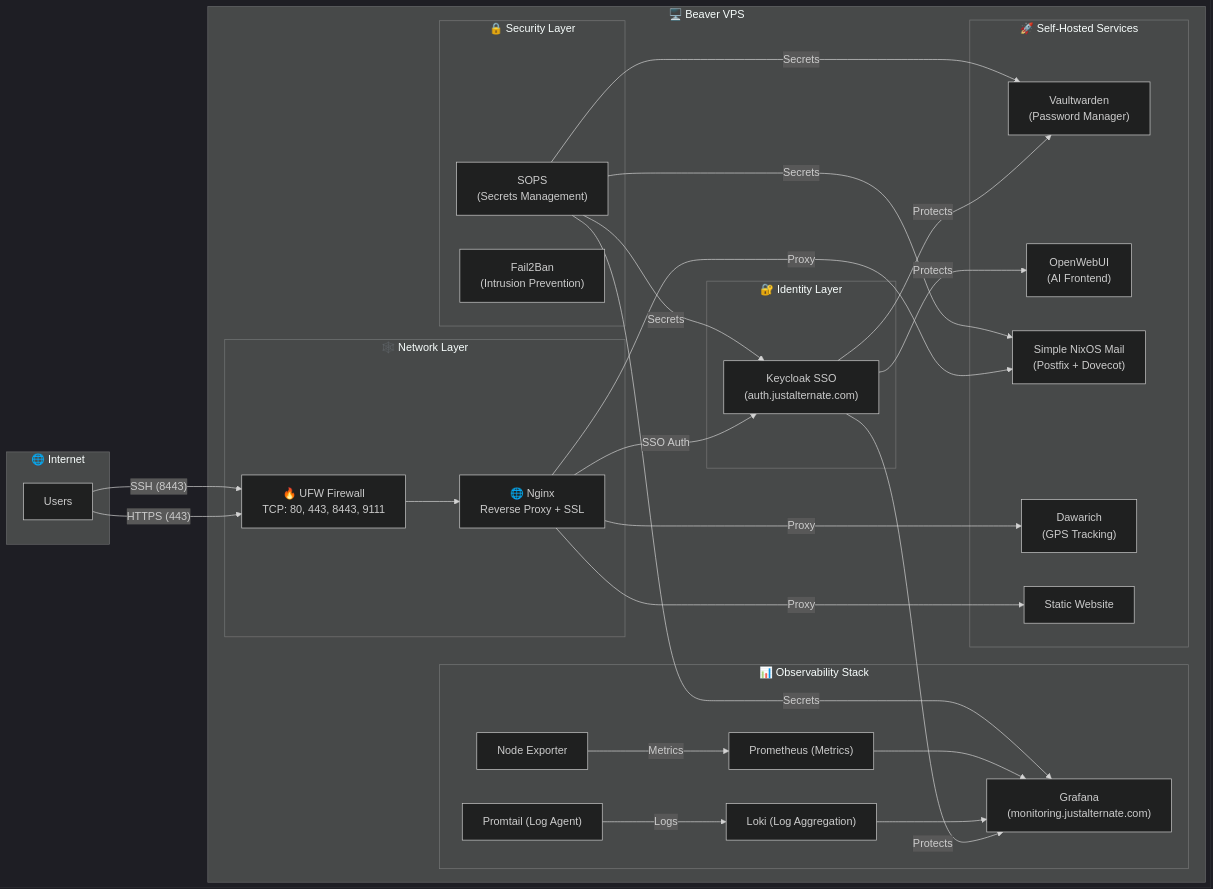
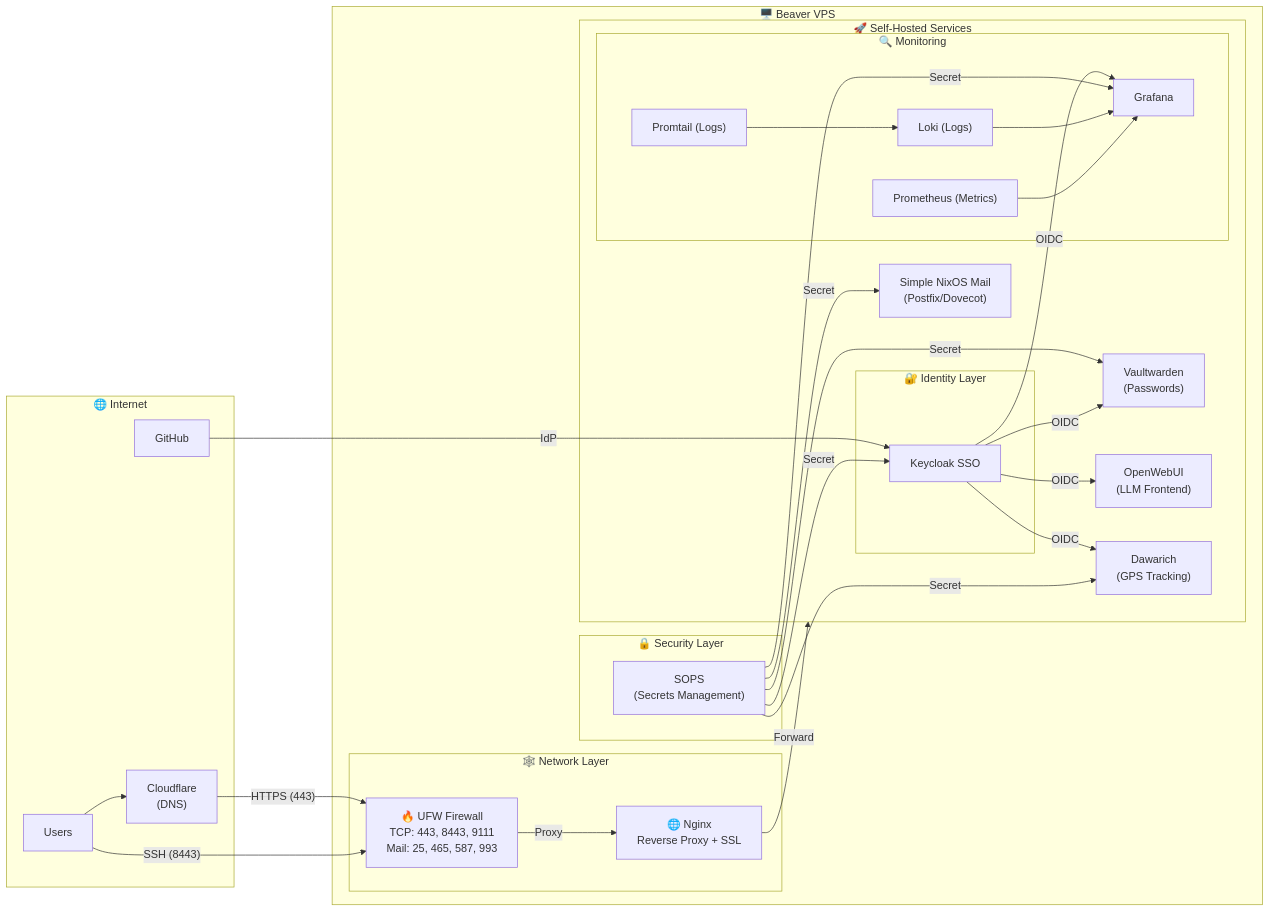
The diagram in README.md (JustAlternate/nixcfg), drawn with Mermaid before and after one commit. The commit also changed other lines of this file, not shown here.

Commit message:
chores: update readme

````diff
--- a/README.md
+++ b/README.md
@@ -42,62 +27,70 @@
 ```mermaid
-%%{init: {'theme': 'dark'}}%%
 flowchart LR
     subgraph Internet["🌐 Internet"]
         Users["Users"]
+        GitHub["GitHub"]
+        Cloudflare["Cloudflare<br/>(DNS)"]
     end
 
-    subgraph Beaver["🖥️ Beaver VPS "]
+    subgraph Beaver["🖥️ Beaver VPS"]
+        
         subgraph Network["🕸️ Network Layer"]
-            Firewall["🔥 UFW Firewall<br/>TCP: 80, 443, 8443, 9111"]
+            Firewall["🔥 UFW Firewall<br/>TCP: 443, 8443, 9111<br/>Mail: 25, 465, 587, 993"]
             Nginx["🌐 Nginx<br/>Reverse Proxy + SSL"]
-        end
-
-        subgraph Auth["🔐 Identity Layer"]
-            Keycloak["Keycloak SSO<br/>(auth.justalternate.com)"]
-        end
-
-        subgraph Monitoring["📊 Observability Stack"]
-            Promtail["Promtail (Log Agent)"]
-            Loki["Loki (Log Aggregation)"]
-            Prometheus["Prometheus (Metrics)"]
-            NodeExporter["Node Exporter"]
-            Grafana["Grafana<br/>(monitoring.justalternate.com)"]
-        end
-
-        subgraph Services["🚀 Self-Hosted Services"]
-            Vaultwarden["Vaultwarden<br/>(Password Manager)"]
-            OpenWebUI["OpenWebUI<br/>(AI Frontend)"]
-            Mail["Simple NixOS Mail<br/>(Postfix + Dovecot)"]
-            Dawarich["Dawarich<br/>(GPS Tracking)"]
-            Static["Static Website"]
         end
 
         subgraph Security["🔒 Security Layer"]
             Sops["SOPS<br/>(Secrets Management)"]
-            Fail2Ban["Fail2Ban<br/>(Intrusion Prevention)"]
+        end
+
+        subgraph Services["🚀 Self-Hosted Services"]
+            Vaultwarden["Vaultwarden<br/>(Passwords)"]
+            OpenWebUI["OpenWebUI<br/>(LLM Frontend)"]
+            Mail["Simple NixOS Mail<br/>(Postfix/Dovecot)"]
+            Dawarich["Dawarich<br/>(GPS Tracking)"]
+
+            subgraph Monitoring["🔍 Monitoring"]
+                Promtail["Promtail (Logs)"]
+                Loki["Loki (Logs)"]
+                Prometheus["Prometheus (Metrics)"]
+                Grafana["Grafana<br/>"]
+            end
+
+            subgraph Auth["🔐 Identity Layer"]
+                Keycloak["Keycloak SSO<br/>"]
+            end
         end
     end
 
-    Users -->|"HTTPS (443)"| Firewall
+    %% External Traffic
+    Users --> Cloudflare
+    Cloudflare -->|"HTTPS (443)"| Firewall
     Users -->|"SSH (8443)"| Firewall
-    Firewall --> Nginx
+    GitHub -->|"IdP"| Keycloak
 
-    Nginx -->|"SSO Auth"| Keycloak
-    Keycloak -->|"Protects"| Grafana
-    Keycloak -->|"Protects"| OpenWebUI
-    Keycloak -->|"Protects"| Vaultwarden
+    %% Internal Routing
+    Firewall -->|"Proxy"| Nginx
+    Nginx -->|"Forward"| Services
 
-    Nginx -->|"Proxy"| Mail
-    Nginx -->|"Proxy"| Dawarich
-    Nginx -->|"Proxy"| Static
+    Keycloak -->|"OIDC"| Grafana
 
-    Promtail -->|"Logs"| Loki
-    NodeExporter -->|"Metrics"| Prometheus
+    %% Secrets Management
+    Sops -->|"Secret"| Vaultwarden
+    Sops -->|"Secret"| Mail
+    Sops -->|"Secret"| Keycloak
+    Sops -->|"Secret"| Grafana
+
+
+    %% Auth Flow
+    Keycloak -->|"OIDC"| OpenWebUI
+    Keycloak -->|"OIDC"| Dawarich
+    Keycloak -->|"OIDC"| Vaultwarden
+
+    Sops -->|"Secret"| Dawarich
+
+    %% Monitoring Flow
+    Promtail --> Loki
     Loki --> Grafana
     Prometheus --> Grafana
 
-    Sops -->|"Secrets"| Vaultwarden
-    Sops -->|"Secrets"| Mail
-    Sops -->|"Secrets"| Keycloak
-    Sops -->|"Secrets"| Grafana
 ```
````
